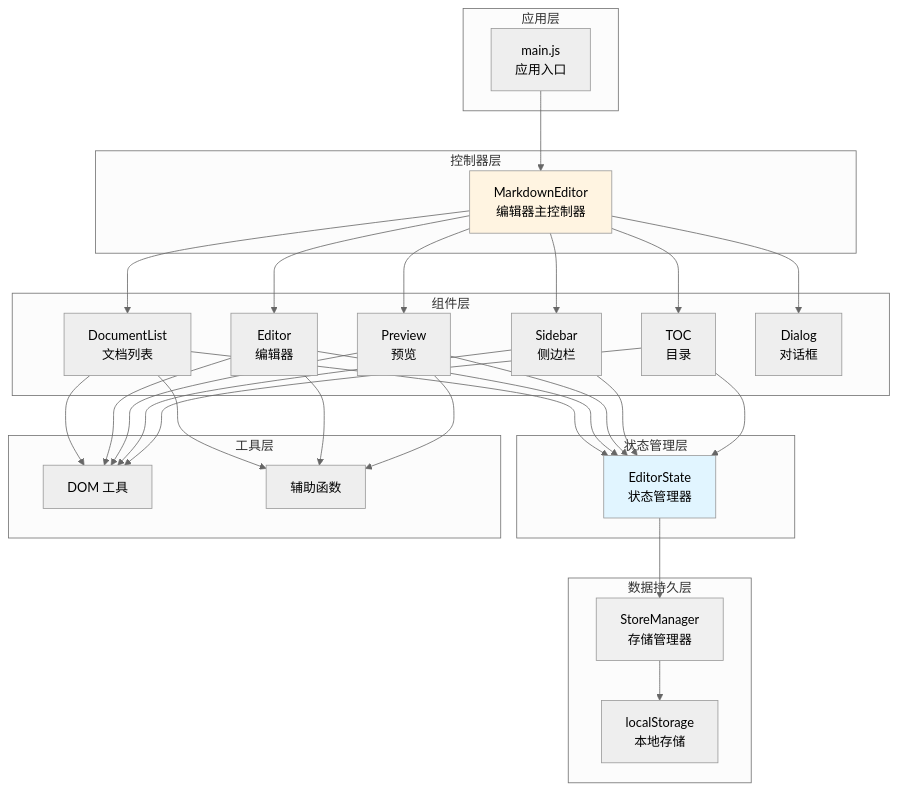
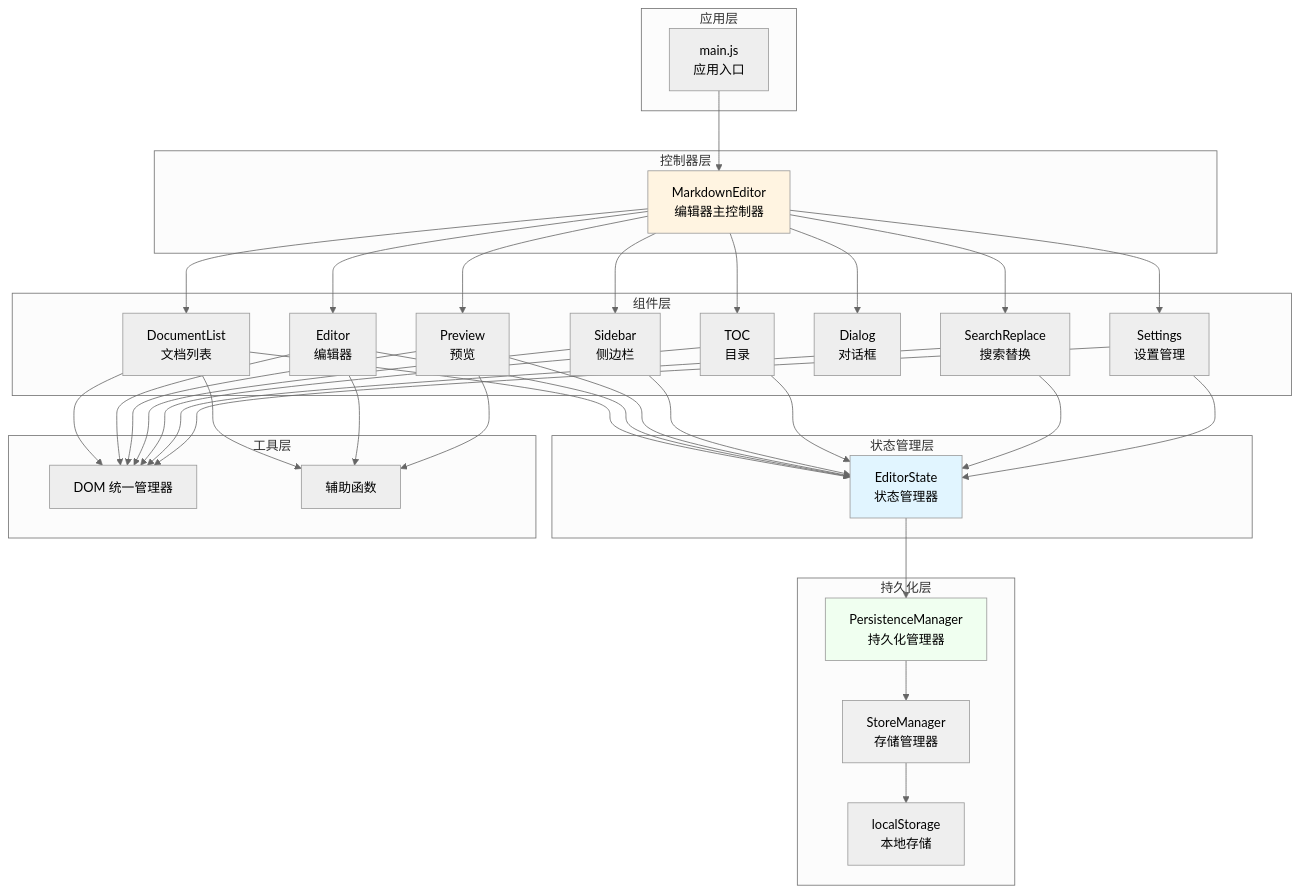
Before and after one commit to ZCShou/markdown: the first of 15 diagrams in docs/arch.md, drawn with Mermaid (neutral theme). The commit also changed other lines of this file and 1 other file, not shown here.

Commit message:
docs: refine architecture and preview documentation with persistence and rendering details

````diff
--- a/docs/arch.md
+++ b/docs/arch.md
@@ -98,64 +111,75 @@
 ```mermaid
 graph TB
     subgraph "应用层"
         A[main.js<br/>应用入口]
     end
     
     subgraph "控制器层"
         B[MarkdownEditor<br/>编辑器主控制器]
     end
     
     subgraph "组件层"
         C[DocumentList<br/>文档列表]
         D[Editor<br/>编辑器]
         E[Preview<br/>预览]
         F[Sidebar<br/>侧边栏]
         G[TOC<br/>目录]
         H[Dialog<br/>对话框]
+        I[SearchReplace<br/>搜索替换]
+        J[Settings<br/>设置管理]
     end
     
     subgraph "状态管理层"
-        I[EditorState<br/>状态管理器]
+        K[EditorState<br/>状态管理器]
     end
     
-    subgraph "数据持久层"
-        J[StoreManager<br/>存储管理器]
-        K[localStorage<br/>本地存储]
+    subgraph "持久化层"
+        L[PersistenceManager<br/>持久化管理器]
+        M[StoreManager<br/>存储管理器]
+        N[localStorage<br/>本地存储]
     end
     
     subgraph "工具层"
-        L[DOM 工具]
-        M[辅助函数]
+        O[DOM 统一管理器]
+        P[辅助函数]
     end
     
     A --> B
     B --> C
     B --> D
     B --> E
     B --> F
     B --> G
     B --> H
+    B --> I
+    B --> J
     
-    C --> I
-    D --> I
-    E --> I
-    F --> I
-    G --> I
-    
-    I --> J
+    C --> K
+    D --> K
+    E --> K
+    F --> K
+    G --> K
+    I --> K
     J --> K
     
-    C --> L
-    D --> L
-    E --> L
-    F --> L
-    G --> L
+    K --> L
+    L --> M
+    M --> N
     
-    C --> M
-    D --> M
-    E --> M
+    C --> O
+    D --> O
+    E --> O
+    F --> O
+    G --> O
+    I --> O
+    J --> O
     
-    style I fill:#e1f5ff
+    C --> P
+    D --> P
+    E --> P
+    
+    style K fill:#e1f5ff
     style B fill:#fff4e1
-    style J fill:#f0f0f0
+    style L fill:#f0fff0
+    style M fill:#f0f0f0
 ```
````
